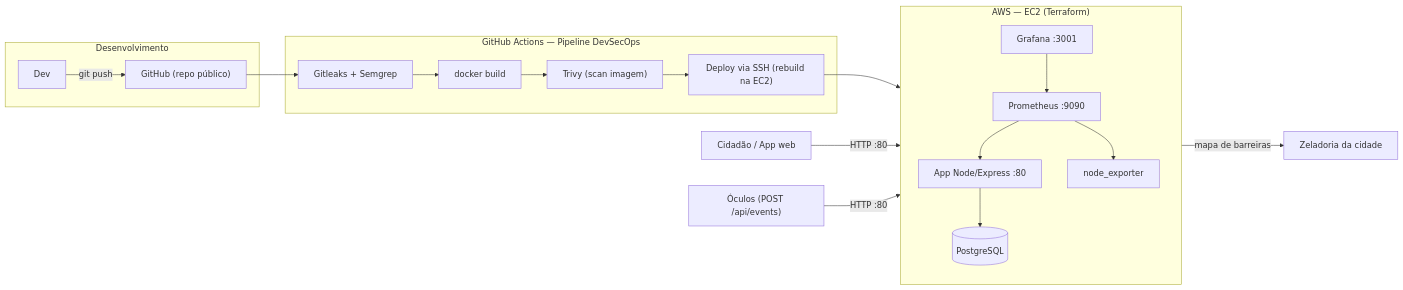
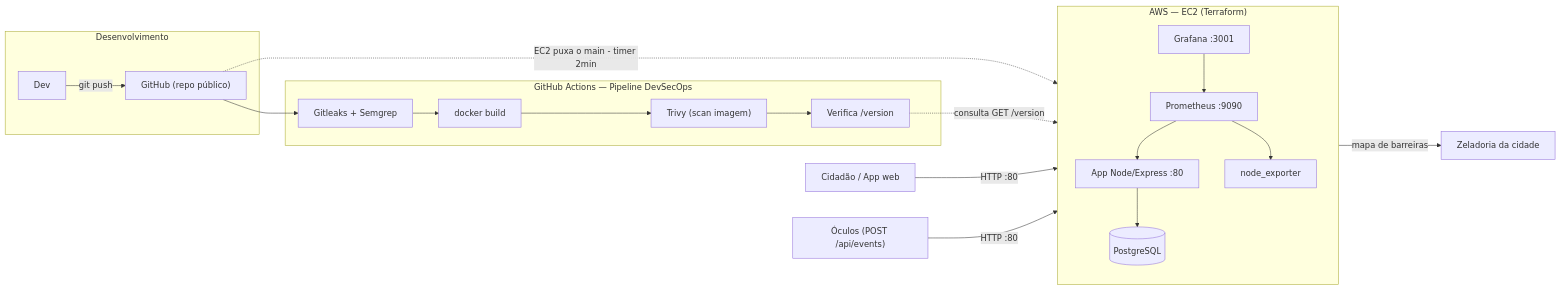
The diagram in README.md (joaos-2/guiding-hand-cloud), drawn with Mermaid before and after one commit. The commit also changed other lines of this file and 6 other files, not shown here.

````diff
--- a/README.md
+++ b/README.md
@@ -38,26 +38,27 @@
 ```mermaid
 flowchart LR
     subgraph Dev["Desenvolvimento"]
       DEVELOPER["Dev"] -->|git push| GH["GitHub (repo público)"]
     end
 
     subgraph CI["GitHub Actions — Pipeline DevSecOps"]
       GH --> SEC["Gitleaks + Semgrep"]
       SEC --> BUILD["docker build"]
       BUILD --> TRIVY["Trivy (scan imagem)"]
-      TRIVY --> DEPLOY["Deploy via SSH (rebuild na EC2)"]
+      TRIVY --> VERIFY["Verifica /version"]
     end
 
     subgraph AWS["AWS — EC2 (Terraform)"]
       direction TB
       APP["App Node/Express :80"] --> DB[("PostgreSQL")]
       PROM["Prometheus :9090"] --> APP
       PROM --> NODEEXP["node_exporter"]
       GRAF["Grafana :3001"] --> PROM
     end
 
-    DEPLOY --> APP
+    GH -.EC2 puxa o main - timer 2min.-> APP
+    VERIFY -.consulta GET /version.-> APP
     CIDADAO["Cidadão / App web"] -->|HTTP :80| APP
     OCULOS["Óculos (POST /api/events)"] -->|HTTP :80| APP
     APP -->|mapa de barreiras| ZELADORIA["Zeladoria da cidade"]
 ```
````
